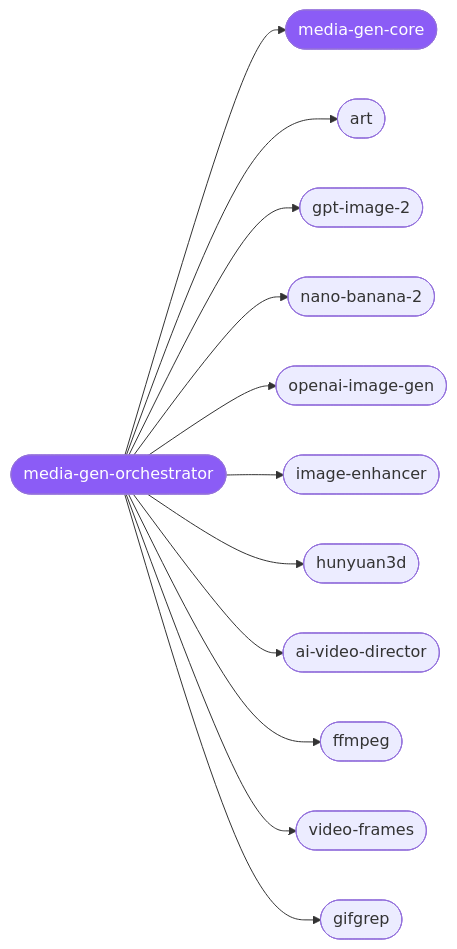
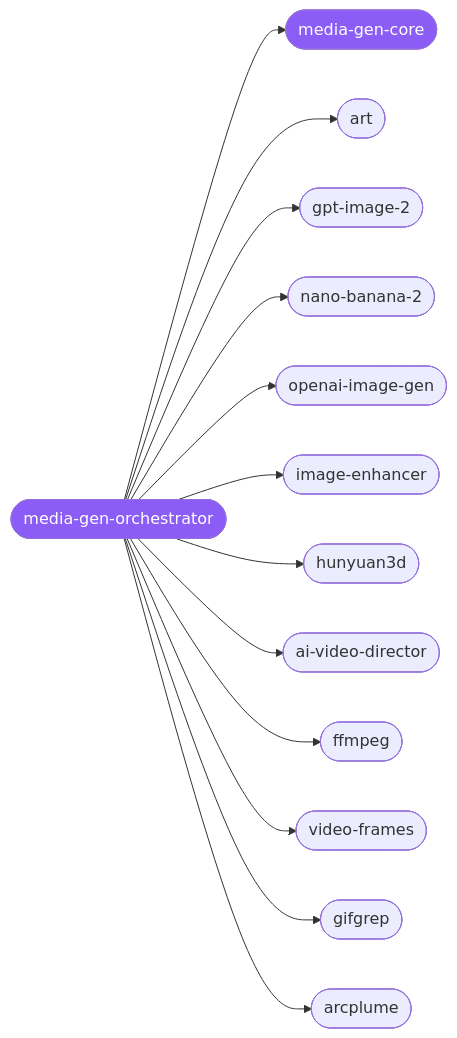
One commit to Sheshiyer/skill-clusters changed the diagram in clusters/media-gen/README.md. Above: the diagram before and after it, drawn with Mermaid. The commit also changed other lines of this file and 8 other files, not shown here.

````diff
--- a/clusters/media-gen/README.md
+++ b/clusters/media-gen/README.md
@@ -18,15 +18,16 @@
 ```mermaid
 graph LR
   o([media-gen-orchestrator]):::hub --> c([media-gen-core]):::hub
   o --> s1([art])
   o --> s2([gpt-image-2])
   o --> s3([nano-banana-2])
   o --> s4([openai-image-gen])
   o --> s5([image-enhancer])
   o --> s6([hunyuan3d])
   o --> s7([ai-video-director])
   o --> s8([ffmpeg])
   o --> s9([video-frames])
   o --> s10([gifgrep])
+  o --> s11([arcplume])
   classDef hub fill:#8b5cf6,color:#fff;
 ```
````
